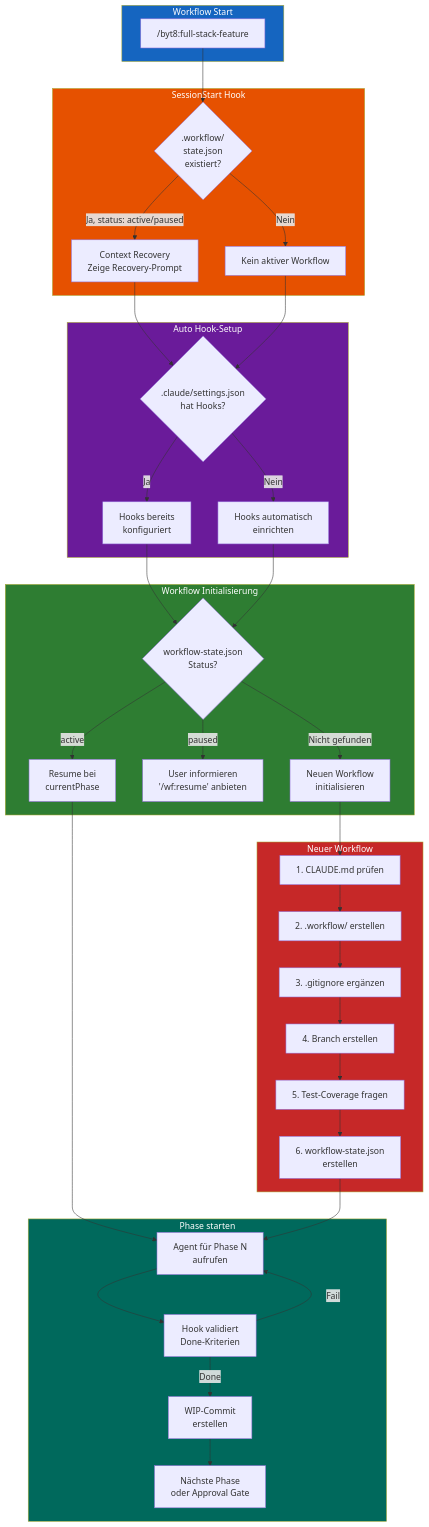
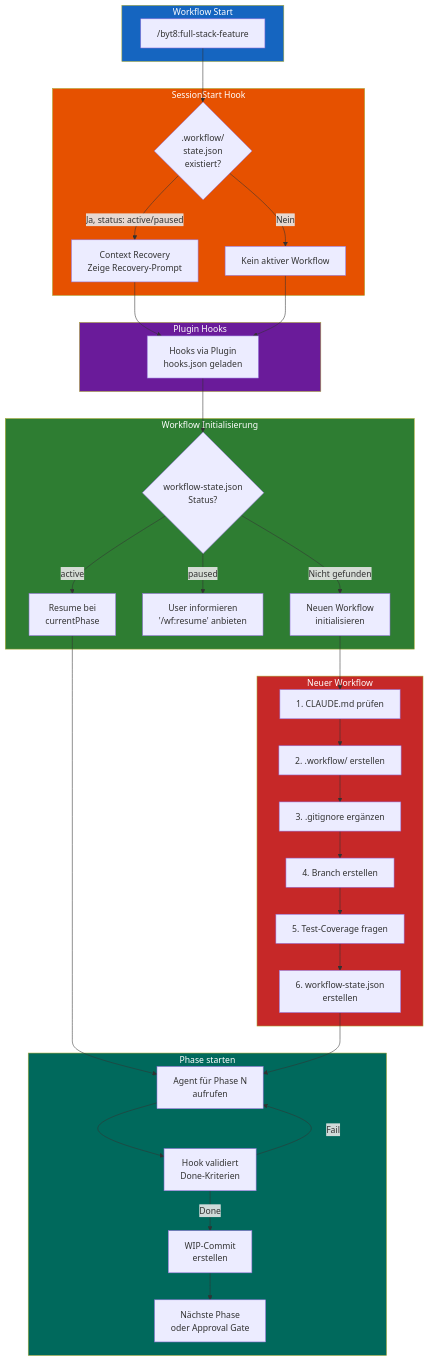
One commit to byteAgenten/byteagenten-marketplace changed the diagram in plugins/byt8/README.md. Above: the diagram before and after it, drawn with Mermaid. The commit also changed other lines of this file and 2 other files, not shown here.

First line of the commit message:
fix(byt8): Remove auto-setup hooks to prevent double-firing

````diff
--- a/plugins/byt8/README.md
+++ b/plugins/byt8/README.md
@@ -164,69 +163,64 @@
 ```mermaid
 flowchart TD
     subgraph TRIGGER["Workflow Start"]
         A["/byt8:full-stack-feature"]
     end
 
     subgraph SESSION["SessionStart Hook"]
         B{".workflow/<br/>state.json<br/>existiert?"}
         C["Context Recovery<br/>Zeige Recovery-Prompt"]
         D["Kein aktiver Workflow"]
     end
 
-    subgraph HOOKS_SETUP["Auto Hook-Setup"]
-        E{".claude/settings.json<br/>hat Hooks?"}
-        F["Hooks bereits<br/>konfiguriert"]
-        G["Hooks automatisch<br/>einrichten"]
+    subgraph HOOKS_SETUP["Plugin Hooks"]
+        E["Hooks via Plugin<br/>hooks.json geladen"]
     end
 
     subgraph INIT["Workflow Initialisierung"]
         H{"workflow-state.json<br/>Status?"}
         I["Resume bei<br/>currentPhase"]
         J["User informieren<br/>'/wf:resume' anbieten"]
         K["Neuen Workflow<br/>initialisieren"]
     end
 
     subgraph NEW_WF["Neuer Workflow"]
         L["1. CLAUDE.md prüfen"]
         M["2. .workflow/ erstellen"]
         N["3. .gitignore ergänzen"]
         O["4. Branch erstellen"]
         P["5. Test-Coverage fragen"]
         Q["6. workflow-state.json<br/>erstellen"]
     end
 
     subgraph PHASE["Phase starten"]
         R["Agent für Phase N<br/>aufrufen"]
         S["Hook validiert<br/>Done-Kriterien"]
         T["WIP-Commit<br/>erstellen"]
         U["Nächste Phase<br/>oder Approval Gate"]
     end
 
     A --> B
     B -->|Ja, status: active/paused| C
     B -->|Nein| D
     C --> E
     D --> E
-    E -->|Ja| F
-    E -->|Nein| G
-    F --> H
-    G --> H
+    E --> H
     H -->|"active"| I
     H -->|"paused"| J
     H -->|Nicht gefunden| K
     I --> R
     K --> L
     L --> M --> N --> O --> P --> Q
     Q --> R
     R --> S
     S -->|"Done"| T
     T --> U
     S -->|"Fail"| R
 
     style TRIGGER fill:#1565c0,color:#fff
     style SESSION fill:#e65100,color:#fff
     style HOOKS_SETUP fill:#6a1b9a,color:#fff
     style INIT fill:#2e7d32,color:#fff
     style NEW_WF fill:#c62828,color:#fff
     style PHASE fill:#00695c,color:#fff
 ```
````
